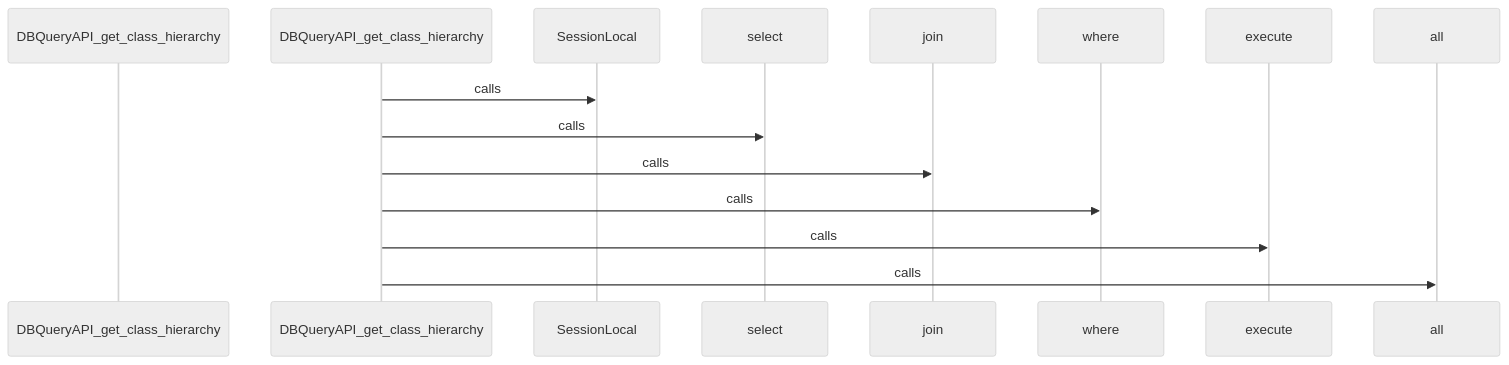
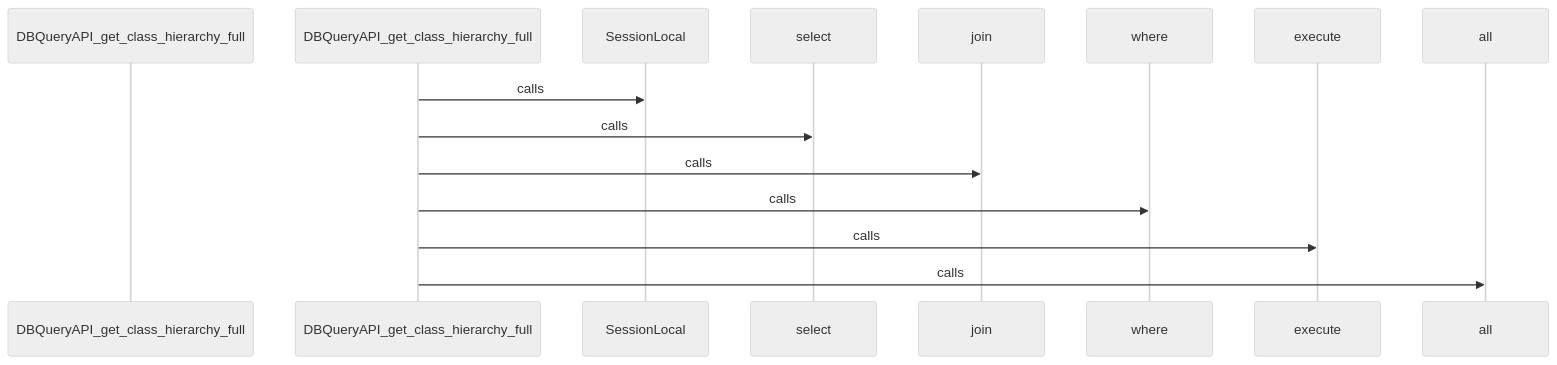
Before and after one commit to hazalkoom/DECODEx01: diagram 12 of 27 in docs/CALL_FLOW.md, drawn with Mermaid (neutral theme). The commit also changed other lines of this file and 12 other files, not shown here.

````diff
--- a/docs/CALL_FLOW.md
+++ b/docs/CALL_FLOW.md
@@ -651,29 +535,29 @@
 ```mermaid
 sequenceDiagram
-    participant Start as DBQueryAPI_get_class_hierarchy
+    participant Start as DBQueryAPI_get_class_hierarchy_full
 
 
-    DBQueryAPI_get_class_hierarchy->>SessionLocal: calls
+    DBQueryAPI_get_class_hierarchy_full->>SessionLocal: calls
 
 
 
-    DBQueryAPI_get_class_hierarchy->>select: calls
+    DBQueryAPI_get_class_hierarchy_full->>select: calls
 
 
 
-    DBQueryAPI_get_class_hierarchy->>join: calls
+    DBQueryAPI_get_class_hierarchy_full->>join: calls
 
 
 
-    DBQueryAPI_get_class_hierarchy->>where: calls
+    DBQueryAPI_get_class_hierarchy_full->>where: calls
 
 
 
-    DBQueryAPI_get_class_hierarchy->>execute: calls
+    DBQueryAPI_get_class_hierarchy_full->>execute: calls
 
 
 
-    DBQueryAPI_get_class_hierarchy->>all: calls
+    DBQueryAPI_get_class_hierarchy_full->>all: calls
 
 
 ```
````
